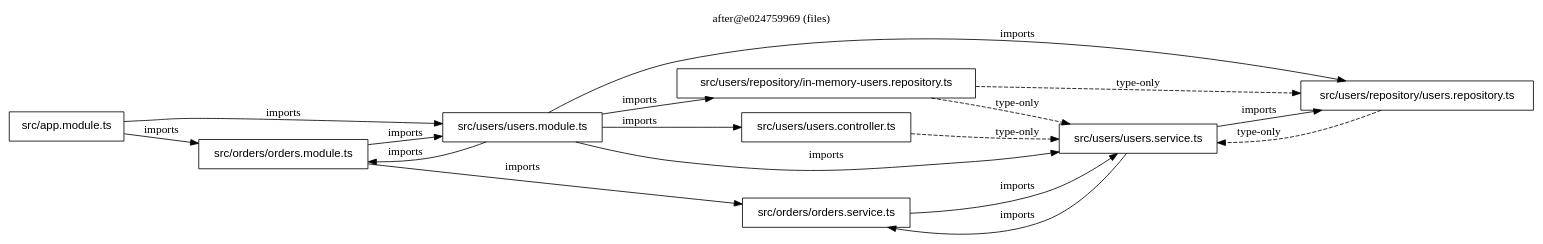
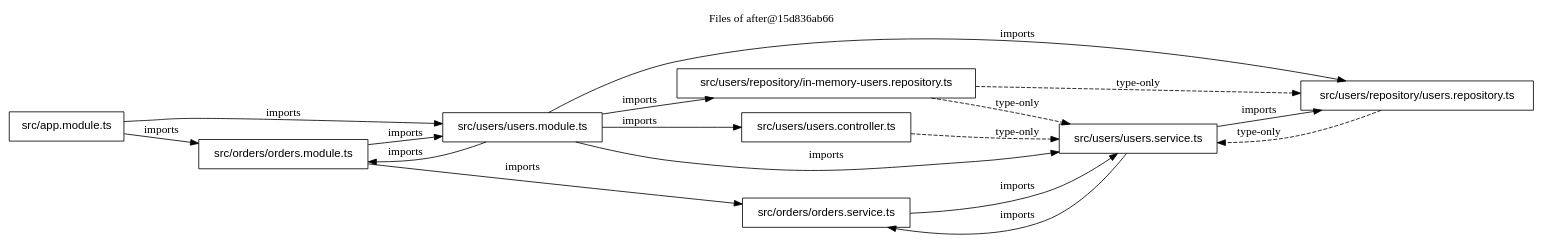
Before and after one commit to FullFran/archsieve: the diagram in examples/nest-shop/files-after.dot, drawn with Graphviz. The commit also changed 13 other files, not shown here.

First line of the commit message:
feat(render): titled, budgeted and zoomable diagrams with a markdown view

```diff
--- a/examples/nest-shop/files-after.dot
+++ b/examples/nest-shop/files-after.dot
@@ -1,29 +1,29 @@
 digraph archsieve {
   rankdir=LR;
   node [shape=box, fontname="Helvetica"];
-  label="after@e024759969 (files)"; labelloc=t;
+  label="Files of after@15d836ab66"; labelloc=t;
   "src/app.module.ts" [label="src/app.module.ts"];
   "src/orders/orders.module.ts" [label="src/orders/orders.module.ts"];
   "src/orders/orders.service.ts" [label="src/orders/orders.service.ts"];
   "src/users/repository/in-memory-users.repository.ts" [label="src/users/repository/in-memory-users.repository.ts"];
   "src/users/repository/users.repository.ts" [label="src/users/repository/users.repository.ts"];
   "src/users/users.controller.ts" [label="src/users/users.controller.ts"];
   "src/users/users.module.ts" [label="src/users/users.module.ts"];
   "src/users/users.service.ts" [label="src/users/users.service.ts"];
   "src/app.module.ts" -> "src/orders/orders.module.ts" [label="imports"];
   "src/app.module.ts" -> "src/users/users.module.ts" [label="imports"];
   "src/orders/orders.module.ts" -> "src/orders/orders.service.ts" [label="imports"];
   "src/orders/orders.module.ts" -> "src/users/users.module.ts" [label="imports"];
   "src/orders/orders.service.ts" -> "src/users/users.service.ts" [label="imports"];
   "src/users/repository/in-memory-users.repository.ts" -> "src/users/repository/users.repository.ts" [style=dashed, label="type-only"];
   "src/users/repository/in-memory-users.repository.ts" -> "src/users/users.service.ts" [style=dashed, label="type-only"];
   "src/users/repository/users.repository.ts" -> "src/users/users.service.ts" [style=dashed, label="type-only"];
   "src/users/users.controller.ts" -> "src/users/users.service.ts" [style=dashed, label="type-only"];
   "src/users/users.module.ts" -> "src/orders/orders.module.ts" [label="imports"];
   "src/users/users.module.ts" -> "src/users/repository/in-memory-users.repository.ts" [label="imports"];
   "src/users/users.module.ts" -> "src/users/repository/users.repository.ts" [label="imports"];
   "src/users/users.module.ts" -> "src/users/users.controller.ts" [label="imports"];
   "src/users/users.module.ts" -> "src/users/users.service.ts" [label="imports"];
   "src/users/users.service.ts" -> "src/orders/orders.service.ts" [label="imports"];
   "src/users/users.service.ts" -> "src/users/repository/users.repository.ts" [label="imports"];
 }
```
